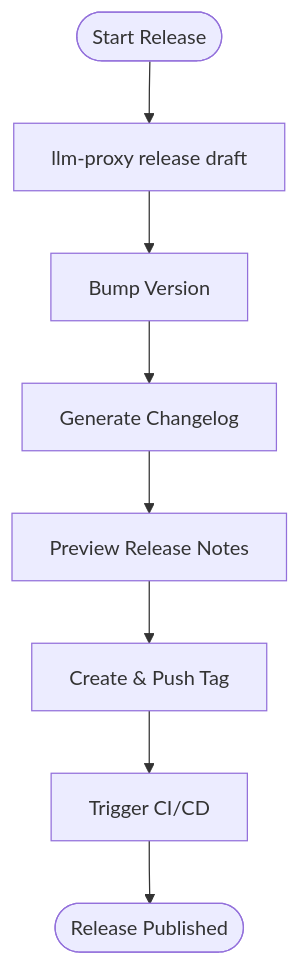
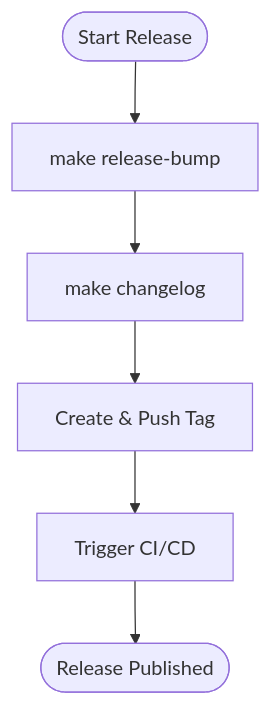
One commit to sofatutor/llm-proxy changed the third of 3 diagrams in docs/issues/phase-7-release-plan.md. Above: the diagram before and after it, drawn with Mermaid. The commit also changed other lines of this file and 1 other file, not shown here.

Commit message:
docs(issues): update release workflow issue to use Makefile targets for automation, remove CLI command references

````diff
--- a/docs/issues/phase-7-release-plan.md
+++ b/docs/issues/phase-7-release-plan.md
@@ -66,13 +66,11 @@
 ```mermaid
 flowchart TD
     Start([Start Release])
-    Draft["llm-proxy release draft"]
-    BumpV["Bump Version"]
-    GenLog["Generate Changelog"]
-    Preview["Preview Release Notes"]
+    Draft["make release-bump"]
+    GenLog["make changelog"]
     Tag["Create & Push Tag"]
     Trigger["Trigger CI/CD"]
     Done([Release Published])
 
-    Start --> Draft --> BumpV --> GenLog --> Preview --> Tag --> Trigger --> Done
+    Start --> Draft --> GenLog --> Tag --> Trigger --> Done
 ``` 
````
